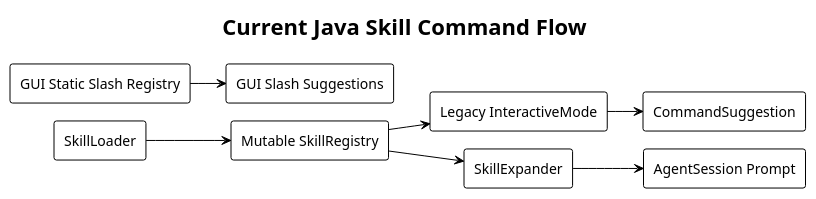
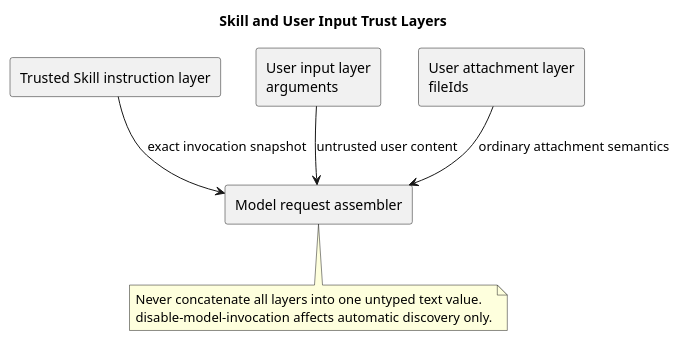
The third of 4 diagrams in 04-命令与技能/02-技能命令/设计图/diagram.puml (ssm0808/pi-mono-java-design), drawn with PlantUML before and after one commit. The commit also changed other lines of this file and 66 other files, not shown here.

Commit message:
docs: design slash command module and HTTP contracts

```diff
--- a/04-命令与技能/02-技能命令/设计图/diagram.puml
+++ b/04-命令与技能/02-技能命令/设计图/diagram.puml
@@ -89,31 +49,23 @@
-@startuml 04-current-java-flow
-' Java source: modules/coding-agent-cli/src/main/java/com/campusclaw/codingagent/mode/InteractiveMode.java:1520-1542
-' Java source: frontend/src/chat/slashCommands.ts:33-76
-' Java source: frontend/src/App.vue:112-140
-' Java current-state diagram; pi source is not applicable.
-' Observed behavior: the legacy TUI maps Skills dynamically while the GUI uses a static slash-command list.
-' Design reason: expose both migration gaps without treating the legacy TUI as a target surface.
-!theme plain
-!pragma layout smetana
-skinparam defaultFontName "SansSerif"
+@startuml skill_trust_layers
+title Skill and User Input Trust Layers
 skinparam shadowing false
-skinparam backgroundColor transparent
-title Current Java Skill Command Flow
 
-left to right direction
-rectangle SkillLoader as A
-rectangle "Mutable SkillRegistry" as B
-rectangle "Legacy InteractiveMode" as C
-rectangle CommandSuggestion as D
-rectangle SkillExpander as E
-rectangle "AgentSession Prompt" as F
-rectangle "GUI Static Slash Registry" as G
-rectangle "GUI Slash Suggestions" as H
+' Source evidence: pi-mono@4af9d21d packages/coding-agent/src/core/agent-session.ts:1315-1343
+' Source evidence: pi-mono-java@c1311f69 mate-campusclaw/src/main/java/com/huawei/hicampus/mate/matecampusclaw/codingagent/runtimeapi/agent/RuntimeAgentPromptLoader.java:44-72
+' Observed behavior: current implementations concatenate or format Skill content for model use.
+' Security hardening: Skill instructions, user arguments, and attachments remain separate typed layers.
 
-A --> B
-B --> C
-C --> D
-B --> E
-E --> F
-G --> H
+rectangle "Trusted Skill instruction layer" as Trusted
+rectangle "User input layer\narguments" as User
+rectangle "User attachment layer\nfileIds" as Files
+rectangle "Model request assembler" as Assembler
+
+Trusted --> Assembler : exact invocation snapshot
+User --> Assembler : untrusted user content
+Files --> Assembler : ordinary attachment semantics
+
+note bottom of Assembler
+Never concatenate all layers into one untyped text value.
+disable-model-invocation affects automatic discovery only.
+end note
 @enduml
```
